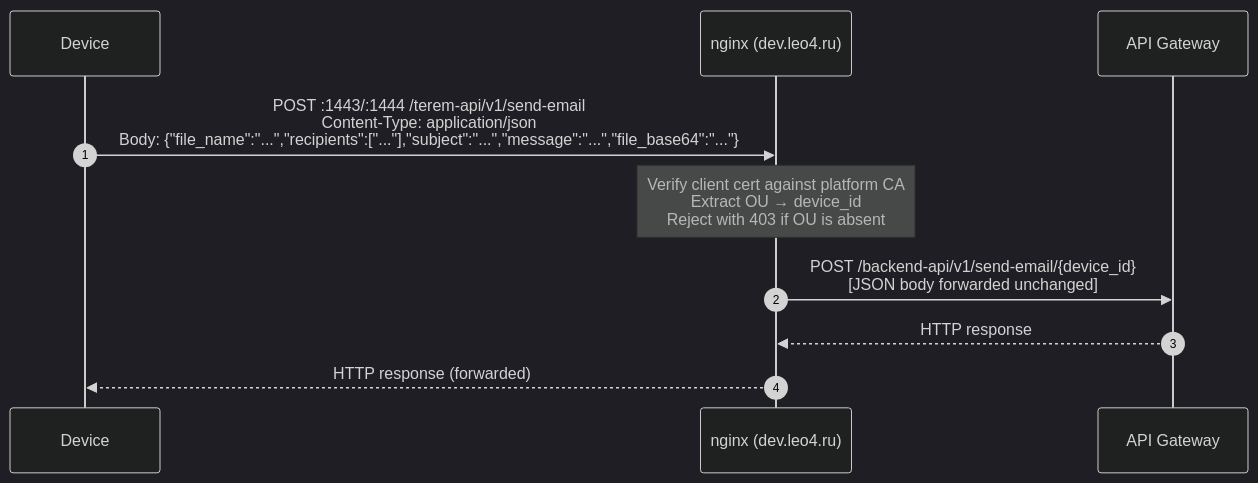
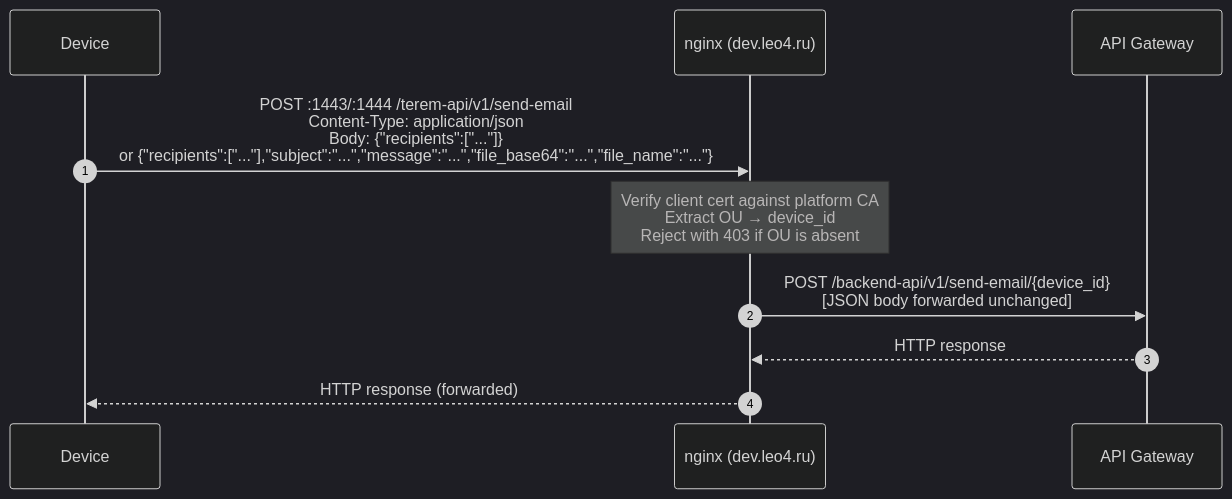
Before and after one commit to OlegLebedevRU/iot-rpc-rest-app: the diagram in docs/device-http-mtls-send-email.md, drawn with Mermaid (dark theme). The commit also changed other lines of this file, not shown here.

First line of the commit message:
docs: align device send-email contract with optional attachment flow

````diff
--- a/docs/device-http-mtls-send-email.md
+++ b/docs/device-http-mtls-send-email.md
@@ -41,13 +42,13 @@
 ```mermaid
 sequenceDiagram
     autonumber
     participant D  as Device
     participant N  as nginx (dev.leo4.ru)
     participant GW as API Gateway
 
-    D  ->> N  : POST :1443/:1444 /terem-api/v1/send-email<br/>Content-Type: application/json<br/>Body: {"file_name":"...","recipients":["..."],"subject":"...","message":"...","file_base64":"..."}
+    D  ->> N  : POST :1443/:1444 /terem-api/v1/send-email<br/>Content-Type: application/json<br/>Body: {"recipients":["..."]}<br/>or {"recipients":["..."],"subject":"...","message":"...","file_base64":"...","file_name":"..."}
     Note over N: Verify client cert against platform CA<br/>Extract OU → device_id<br/>Reject with 403 if OU is absent
     N  ->> GW : POST /backend-api/v1/send-email/{device_id}<br/>[JSON body forwarded unchanged]
     GW -->> N : HTTP response
     N  -->> D : HTTP response (forwarded)
 ```
````
